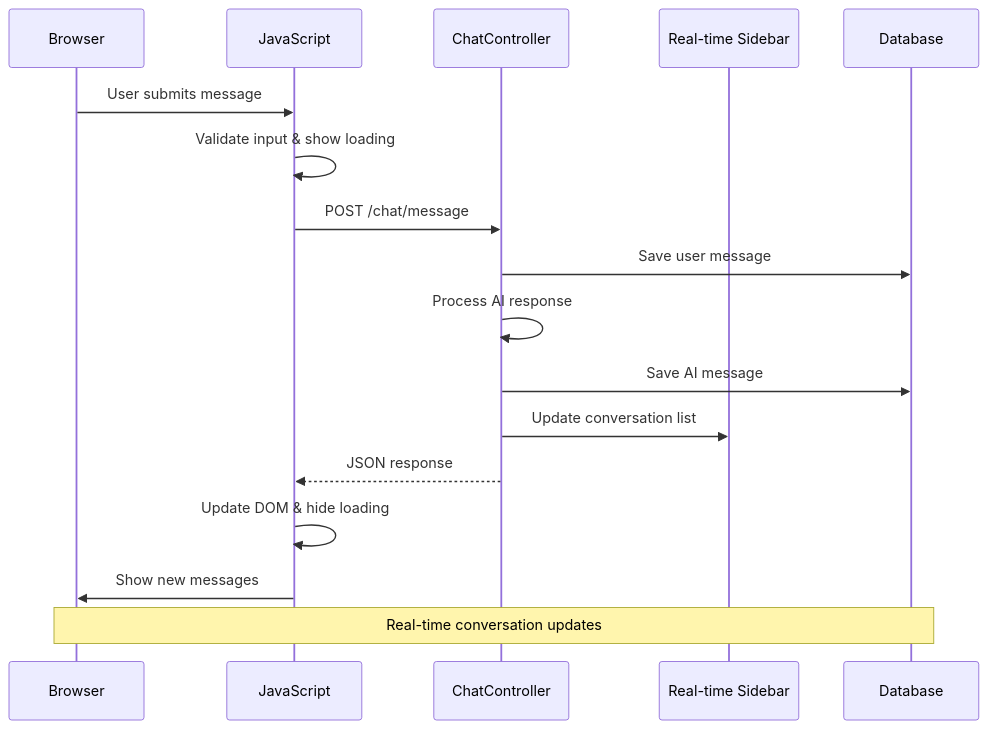
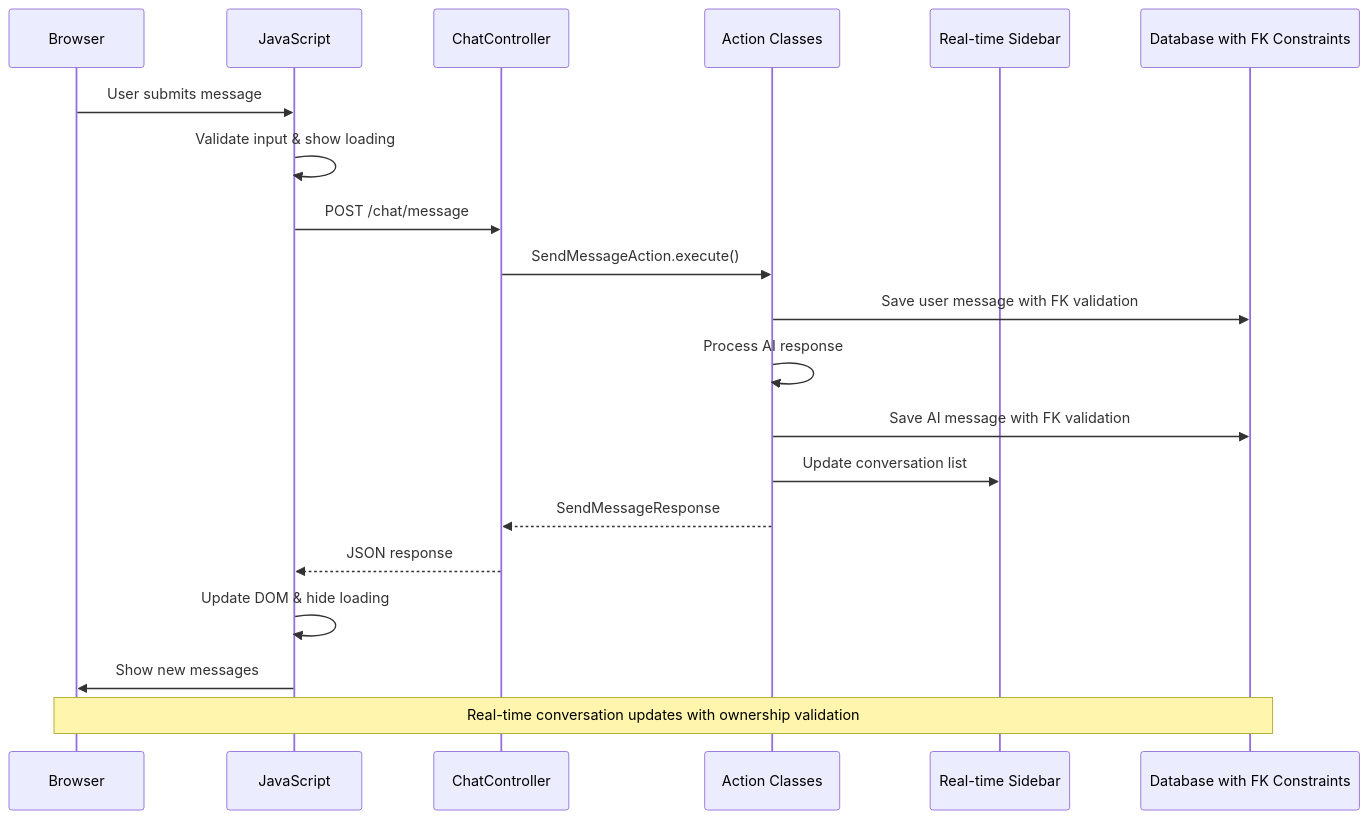
The sixth of 8 diagrams in .qoder/repowiki/en/content/Database and Data Management/Conversation Persistence System.md (siimliimand/laravel-assistant), drawn with Mermaid before and after one commit. The commit also changed other lines of this file and 5 other files, not shown here.

First line of the commit message:
feat(auth): integrate comprehensive user authentication and ownership validation

````diff
--- a/.qoder/repowiki/en/content/Database and Data Management/Conversation Persistence System.md
+++ b/.qoder/repowiki/en/content/Database and Data Management/Conversation Persistence System.md
@@ -301,19 +375,22 @@
 ```mermaid
 sequenceDiagram
 participant Browser as Browser
 participant JS as JavaScript
 participant Controller as ChatController
+participant Actions as Action Classes
 participant Sidebar as Real-time Sidebar
-participant DB as Database
+participant DB as Database with FK Constraints
 Browser->>JS : User submits message
 JS->>JS : Validate input & show loading
 JS->>Controller : POST /chat/message
-Controller->>DB : Save user message
-Controller->>Controller : Process AI response
-Controller->>DB : Save AI message
-Controller->>Sidebar : Update conversation list
+Controller->>Actions : SendMessageAction.execute()
+Actions->>DB : Save user message with FK validation
+Actions->>Actions : Process AI response
+Actions->>DB : Save AI message with FK validation
+Actions->>Sidebar : Update conversation list
+Actions-->>Controller : SendMessageResponse
 Controller-->>JS : JSON response
 JS->>JS : Update DOM & hide loading
 JS->>Browser : Show new messages
-Note over Browser,DB : Real-time conversation updates
+Note over Browser,DB : Real-time conversation updates with ownership validation
 ```
````
